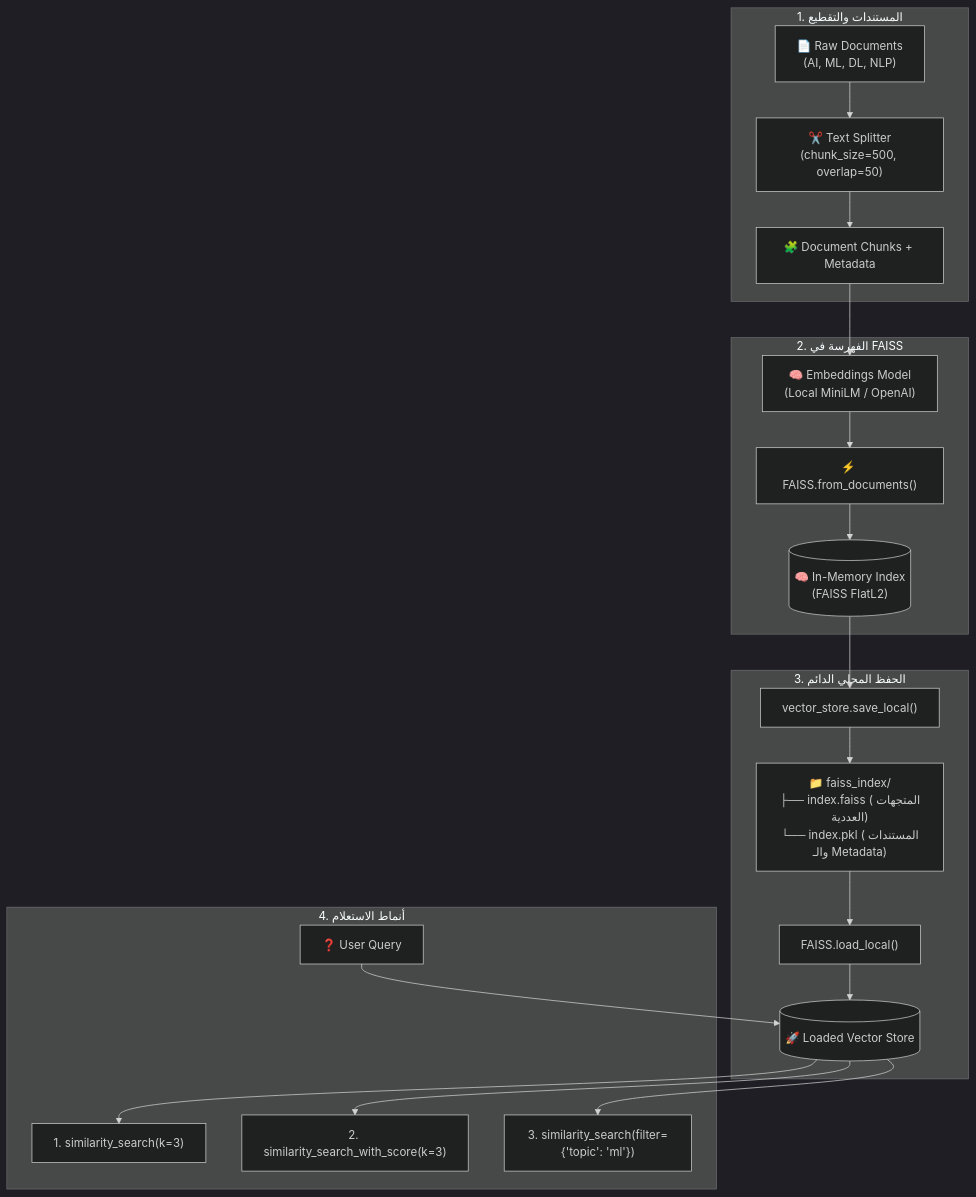
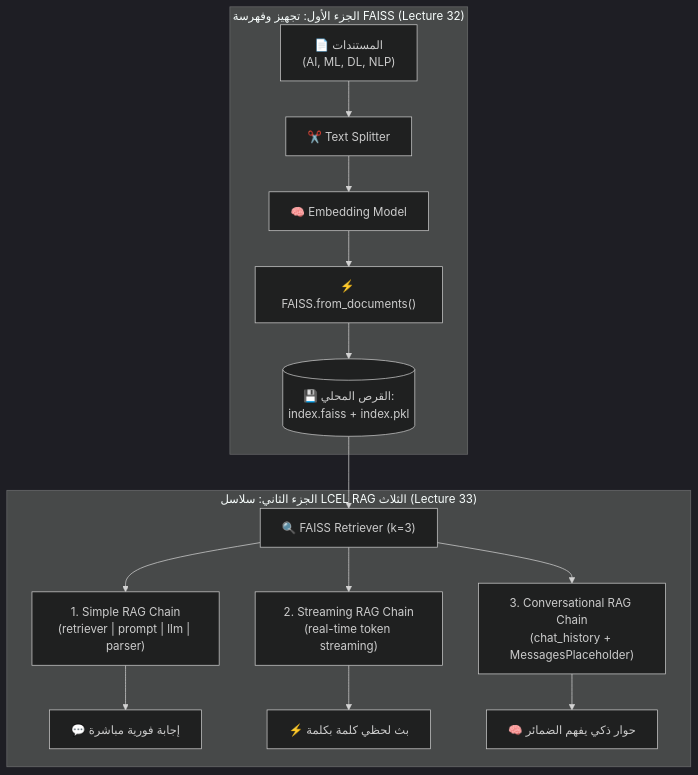
The second of 2 diagrams in stages/03-vector-stores-and-databases/07-rag-faiss/README.md (ali-abofouda/RAG-Mastery), drawn with Mermaid (dark theme) before and after one commit. The commit also changed other lines of this file and 5 other files, not shown here.

Commit message:
feat(stage-03): implement lecture 33 building complete simple streaming and conversational rag pipelines with faiss and lcel

````diff
--- a/stages/03-vector-stores-and-databases/07-rag-faiss/README.md
+++ b/stages/03-vector-stores-and-databases/07-rag-faiss/README.md
@@ -62,27 +66,21 @@
 ```mermaid
 flowchart TD
-    subgraph Docs ["1. المستندات والتقطيع"]
-        D["📄 Raw Documents\n(AI, ML, DL, NLP)"] --> S["✂️ Text Splitter\n(chunk_size=500, overlap=50)"]
-        S --> C["🧩 Document Chunks + Metadata"]
+    subgraph Part1 ["الجزء الأول: تجهيز وفهرسة FAISS (Lecture 32)"]
+        DOCS["📄 المستندات\n(AI, ML, DL, NLP)"] --> SPLIT["✂️ Text Splitter"]
+        SPLIT --> EMB["🧠 Embedding Model"]
+        EMB --> FINDEX["⚡ FAISS.from_documents()"]
+        FINDEX --> DISK[("💾 القرص المحلي:\nindex.faiss + index.pkl")]
     end
 
-    subgraph Indexing ["2. الفهرسة في FAISS"]
-        C --> E["🧠 Embeddings Model\n(Local MiniLM / OpenAI)"]
-        E --> F["⚡ FAISS.from_documents()"]
-        F --> RAM[("🧠 In-Memory Index\n(FAISS FlatL2)")]
-    end
-
-    subgraph Storage ["3. الحفظ المحلي الدائم"]
-        RAM --> SAVE["vector_store.save_local()"]
-        SAVE --> DISK["📁 faiss_index/\n├── index.faiss (المتجهات العددية)\n└── index.pkl (المستندات والـ Metadata)"]
-        DISK --> LOAD["FAISS.load_local()"]
-        LOAD --> READY[("🚀 Loaded Vector Store")]
-    end
-
-    subgraph Search ["4. أنماط الاستعلام"]
-        Q["❓ User Query"] --> READY
-        READY --> S1["1. similarity_search(k=3)"]
-        READY --> S2["2. similarity_search_with_score(k=3)"]
-        READY --> S3["3. similarity_search(filter={'topic': 'ml'})"]
+    subgraph Part2 ["الجزء الثاني: سلاسل LCEL RAG الثلاث (Lecture 33)"]
+        DISK --> RET["🔍 FAISS Retriever (k=3)"]
+        
+        RET --> C1["1. Simple RAG Chain\n(retriever | prompt | llm | parser)"]
+        RET --> C2["2. Streaming RAG Chain\n(real-time token streaming)"]
+        RET --> C3["3. Conversational RAG Chain\n(chat_history + MessagesPlaceholder)"]
+        
+        C1 --> OUT1["💬 إجابة فورية مباشرة"]
+        C2 --> OUT2["⚡ بث لحظي كلمة بكلمة"]
+        C3 --> OUT3["🧠 حوار ذكي يفهم الضمائر"]
     end
 ```
````
